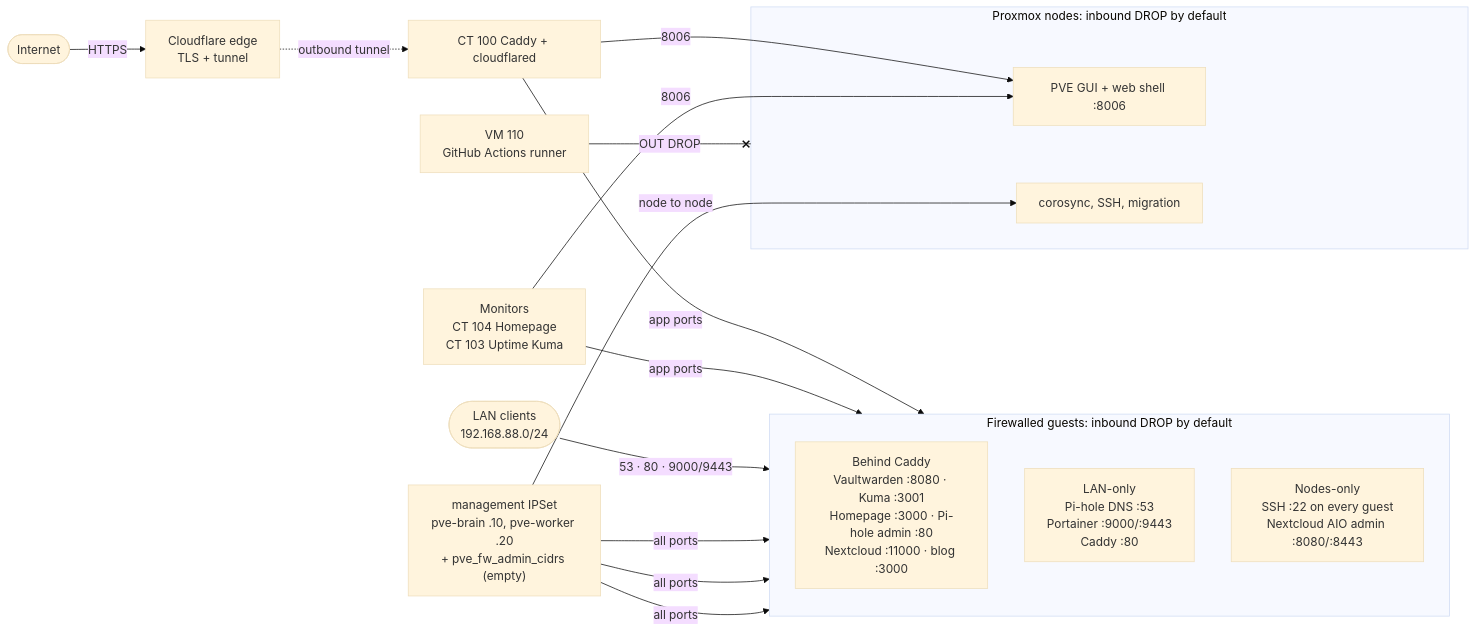
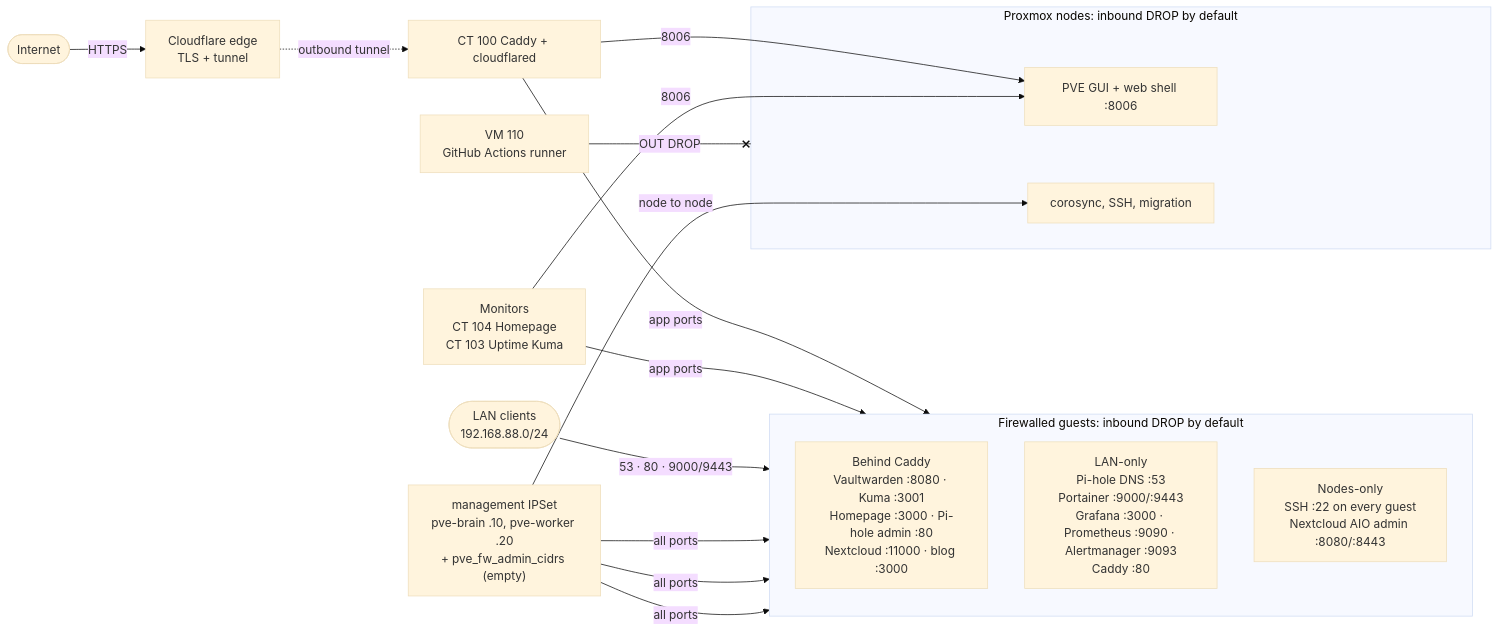
The diagram in docs/firewall.md (Boris-Jancic/proxmox-selfhosted-infra), drawn with Mermaid (base theme) before and after one commit. The commit also changed other lines of this file and 52 other files, not shown here.

First line of the commit message:
feat(monitoring): Prometheus, Grafana, Alertmanager (Telegram), blackbox; group playbooks (#49)

````diff
--- a/docs/firewall.md
+++ b/docs/firewall.md
@@ -17,31 +17,31 @@
 ```mermaid
 flowchart LR
     internet(["Internet"]) -->|HTTPS| cf["Cloudflare edge<br/>TLS + tunnel"]
     cf -.->|"outbound tunnel"| caddy["CT 100 Caddy + cloudflared"]
 
     lanc(["LAN clients<br/>192.168.88.0/24"])
     mon["Monitors<br/>CT 104 Homepage<br/>CT 103 Uptime Kuma"]
     mgmt["management IPSet<br/>pve-brain .10, pve-worker .20<br/>+ pve_fw_admin_cidrs (empty)"]
     runner["VM 110<br/>GitHub Actions runner"]
 
     subgraph apps["Firewalled guests: inbound DROP by default"]
         direction TB
         web["Behind Caddy<br/>Vaultwarden :8080 · Kuma :3001<br/>Homepage :3000 · Pi-hole admin :80<br/>Nextcloud :11000 · blog :3000"]
-        lanonly["LAN-only<br/>Pi-hole DNS :53<br/>Portainer :9000/:9443<br/>Caddy :80"]
+        lanonly["LAN-only<br/>Pi-hole DNS :53<br/>Portainer :9000/:9443<br/>Grafana :3000 · Prometheus :9090 · Alertmanager :9093<br/>Caddy :80"]
         adminonly["Nodes-only<br/>SSH :22 on every guest<br/>Nextcloud AIO admin :8080/:8443"]
     end
 
     subgraph nodes["Proxmox nodes: inbound DROP by default"]
         gui["PVE GUI + web shell :8006"]
         coro["corosync, SSH, migration"]
     end
 
     caddy -->|"app ports"| web
     caddy -->|"8006"| gui
     mon -->|"app ports"| web
     mon -->|"8006"| gui
     lanc -->|"53 · 80 · 9000/9443"| lanonly
     mgmt -->|"all ports"| web & lanonly & adminonly
     mgmt -->|"node to node"| coro
     runner --x|"OUT DROP"| nodes
 ```
````
